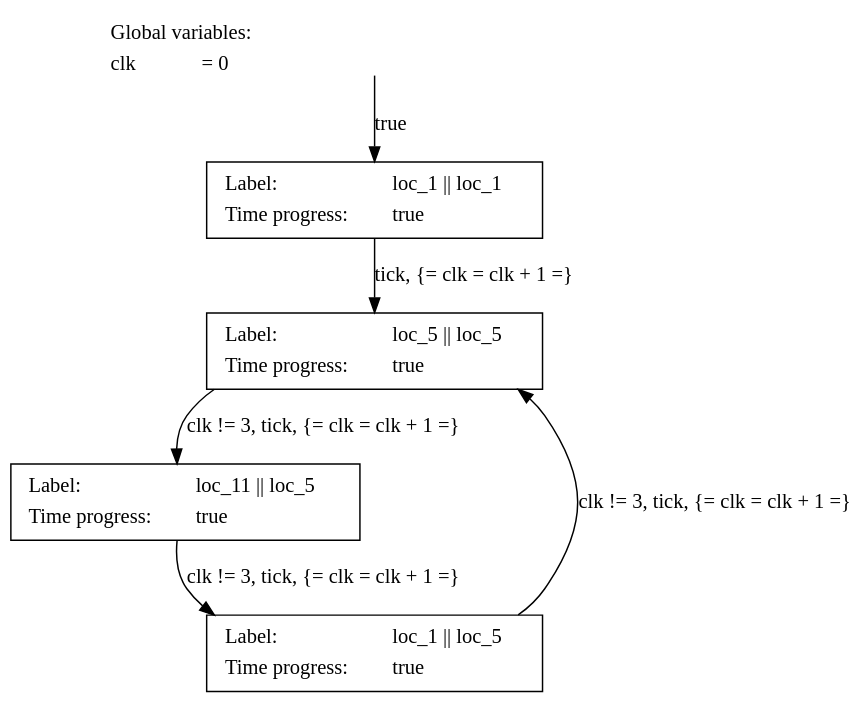
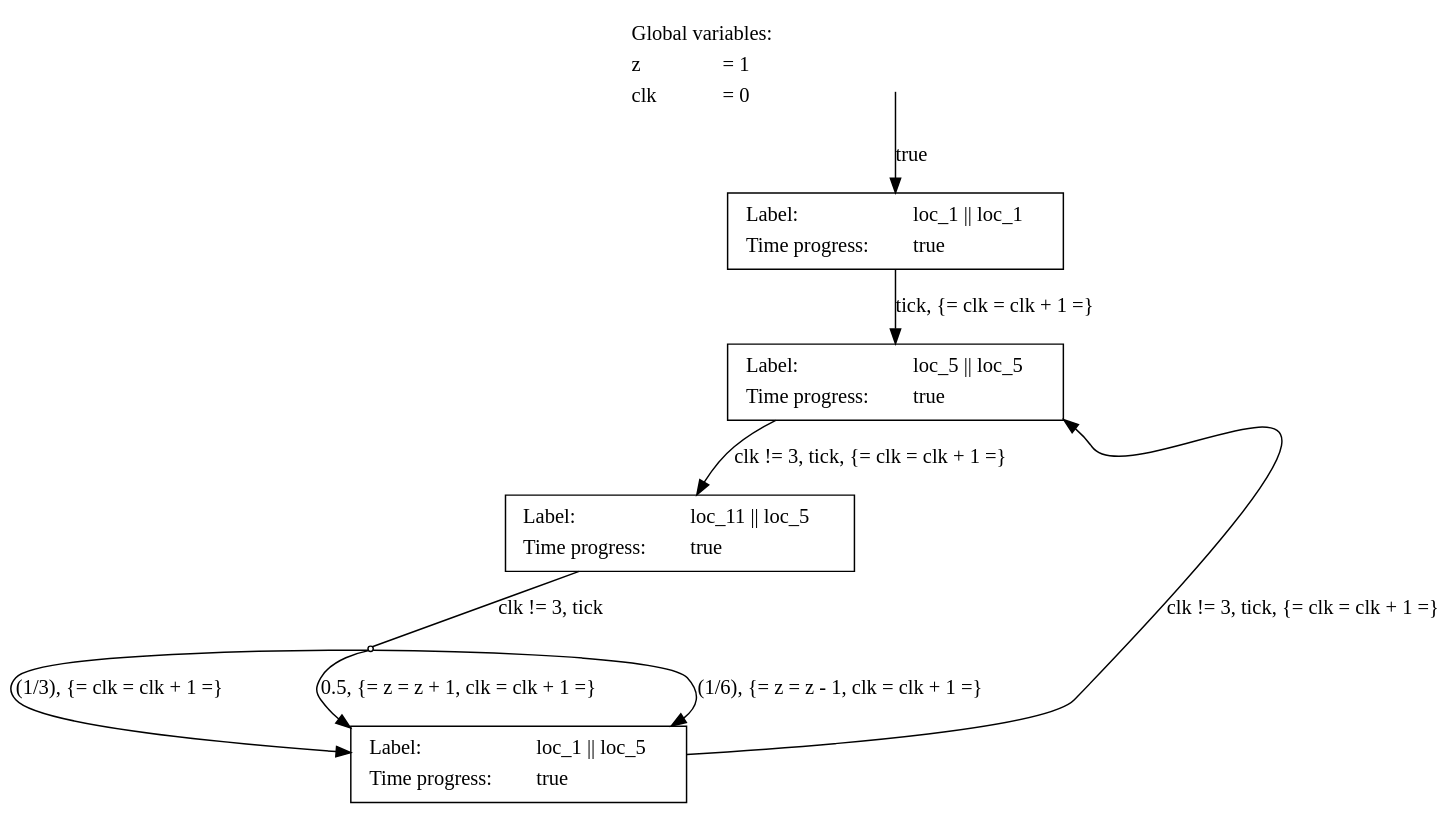
Before and after one commit to torger9/AutomatedProbabilisticChoiceAbstraction: the diagram in runs/src_old/toy3_test/toy3_test.dot, drawn with Graphviz. The commit also changed 59 other files, not shown here.

```diff
--- a/runs/src_old/toy3_test/toy3_test.dot
+++ b/runs/src_old/toy3_test/toy3_test.dot
@@ -1,17 +1,21 @@
 digraph G {
 	rankdir = TB;
 	bgcolor = transparent;
 	node [style = filled, fillcolor = white];
-__global_vars__ [shape=plaintext, fillcolor="transparent", label=<<table border="0"><tr><td align="left" valign="top" colspan="2">Global variables:</td></tr><tr><td align="left" valign="top">clk</td><td align="left" valign="top" balign="left">= 0</td></tr></table>>];
+__global_vars__ [shape=plaintext, fillcolor="transparent", label=<<table border="0"><tr><td align="left" valign="top" colspan="2">Global variables:</td></tr><tr><td align="left" valign="top">z</td><td align="left" valign="top" balign="left">= 1</td></tr><tr><td align="left" valign="top">clk</td><td align="left" valign="top" balign="left">= 0</td></tr></table>>];
 	0 [shape=box, label=<<table border="0"><tr><td align="left" valign="top">Label:</td><td align="left" valign="top" balign="left">loc_1 || loc_1</td></tr><tr><td align="left" valign="top">Time progress:</td><td align="left" valign="top" balign="left">true</td></tr></table>>];
 	1 [shape=box, label=<<table border="0"><tr><td align="left" valign="top">Label:</td><td align="left" valign="top" balign="left">loc_5 || loc_5</td></tr><tr><td align="left" valign="top">Time progress:</td><td align="left" valign="top" balign="left">true</td></tr></table>>];
 	0 -> 1 [label=<tick, {= clk = clk + 1 =}<br align="left" />>];
 	2 [shape=box, label=<<table border="0"><tr><td align="left" valign="top">Label:</td><td align="left" valign="top" balign="left">loc_11 || loc_5</td></tr><tr><td align="left" valign="top">Time progress:</td><td align="left" valign="top" balign="left">true</td></tr></table>>];
 	1 -> 2 [label=<clk != 3, tick, {= clk = clk + 1 =}<br align="left" />>];
+	i0 [shape=point];
+	2 -> i0 [label=<clk != 3, tick<br align="left" />>, arrowhead=none];
 	3 [shape=box, label=<<table border="0"><tr><td align="left" valign="top">Label:</td><td align="left" valign="top" balign="left">loc_1 || loc_5</td></tr><tr><td align="left" valign="top">Time progress:</td><td align="left" valign="top" balign="left">true</td></tr></table>>];
-	2 -> 3 [label=<clk != 3, tick, {= clk = clk + 1 =}<br align="left" />>];
+	i0 -> 3 [label=<(1/3), {= clk = clk + 1 =}<br align="left" />>];
+	i0 -> 3 [label=<0.5, {= z = z + 1, clk = clk + 1 =}<br align="left" />>];
+	i0 -> 3 [label=<(1/6), {= z = z - 1, clk = clk + 1 =}<br align="left" />>];
 	3 -> 1 [label=<clk != 3, tick, {= clk = clk + 1 =}<br align="left" />>];
 	_____initial4 [shape=none, style=invisible, label=""];
 	_____initial4 -> 0 [label=<true<br align="left" />>];
 
 }
```
